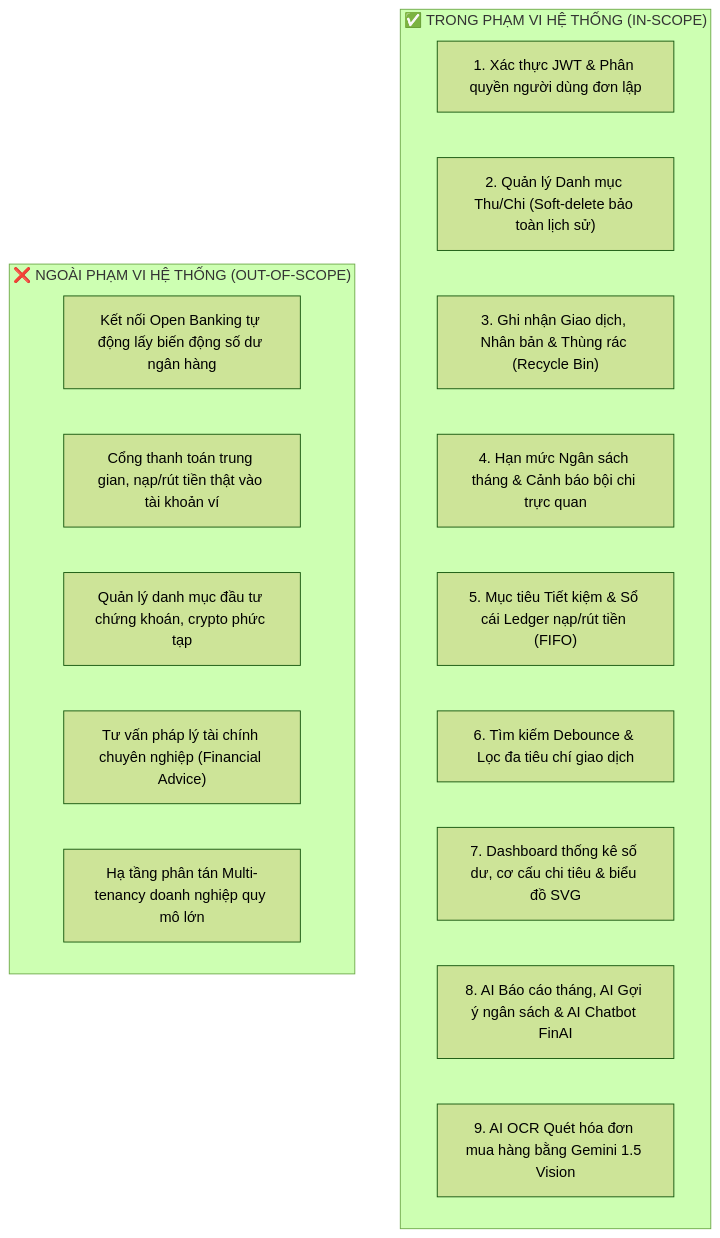
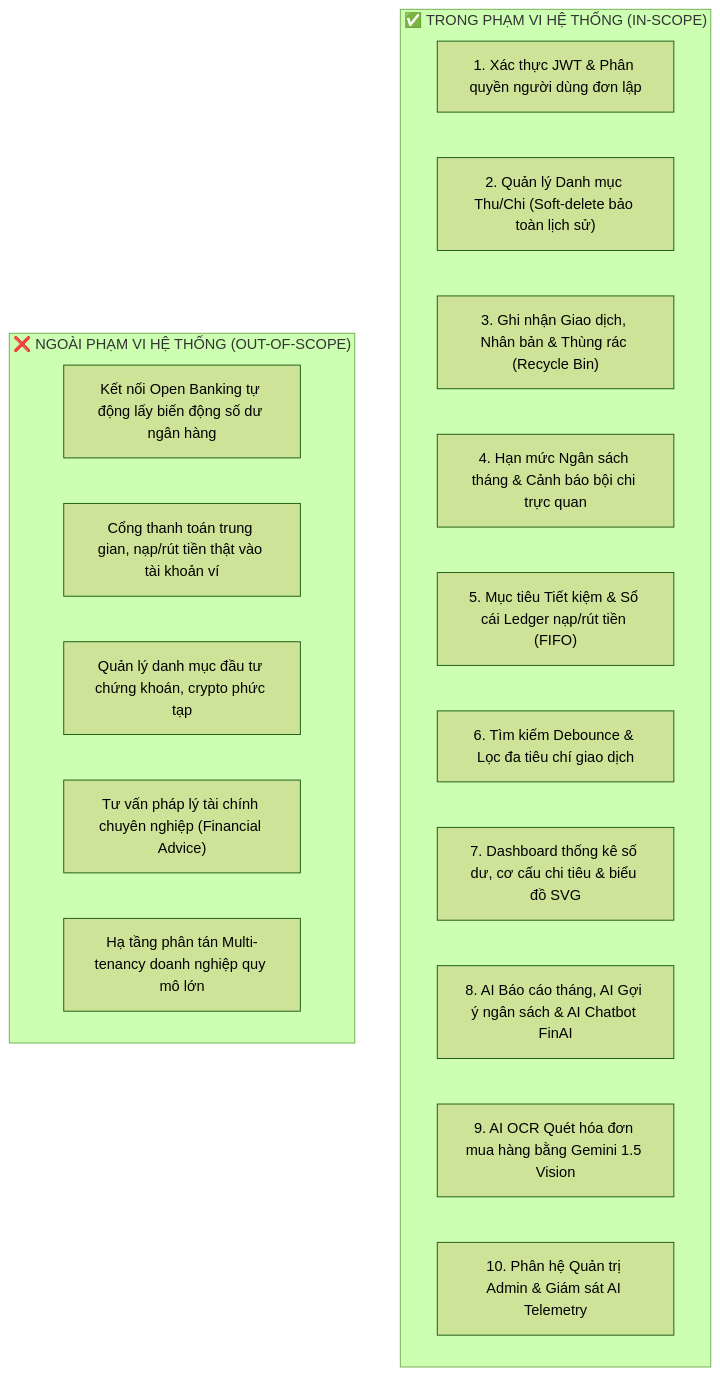
The first of 2 diagrams in docs/requirements.md (Hoanglight2006/personal-expense-ai), drawn with Mermaid (forest theme) before and after one commit. The commit also changed 66 other files, not shown here.

````diff
--- a/docs/requirements.md
+++ b/docs/requirements.md
@@ -39,22 +39,23 @@
 ```mermaid
 graph TD
     subgraph IN_SCOPE ["✅ TRONG PHẠM VI HỆ THỐNG (IN-SCOPE)"]
         A1["1. Xác thực JWT & Phân quyền người dùng đơn lập"]
         A2["2. Quản lý Danh mục Thu/Chi (Soft-delete bảo toàn lịch sử)"]
         A3["3. Ghi nhận Giao dịch, Nhân bản & Thùng rác (Recycle Bin)"]
         A4["4. Hạn mức Ngân sách tháng & Cảnh báo bội chi trực quan"]
         A5["5. Mục tiêu Tiết kiệm & Sổ cái Ledger nạp/rút tiền (FIFO)"]
         A6["6. Tìm kiếm Debounce & Lọc đa tiêu chí giao dịch"]
         A7["7. Dashboard thống kê số dư, cơ cấu chi tiêu & biểu đồ SVG"]
         A8["8. AI Báo cáo tháng, AI Gợi ý ngân sách & AI Chatbot FinAI"]
         A9["9. AI OCR Quét hóa đơn mua hàng bằng Gemini 1.5 Vision"]
+        A10["10. Phân hệ Quản trị Admin & Giám sát AI Telemetry"]
     end
 
     subgraph OUT_SCOPE ["❌ NGOÀI PHẠM VI HỆ THỐNG (OUT-OF-SCOPE)"]
         B1["Kết nối Open Banking tự động lấy biến động số dư ngân hàng"]
         B2["Cổng thanh toán trung gian, nạp/rút tiền thật vào tài khoản ví"]
         B3["Quản lý danh mục đầu tư chứng khoán, crypto phức tạp"]
         B4["Tư vấn pháp lý tài chính chuyên nghiệp (Financial Advice)"]
         B5["Hạ tầng phân tán Multi-tenancy doanh nghiệp quy mô lớn"]
     end
 ```
````
